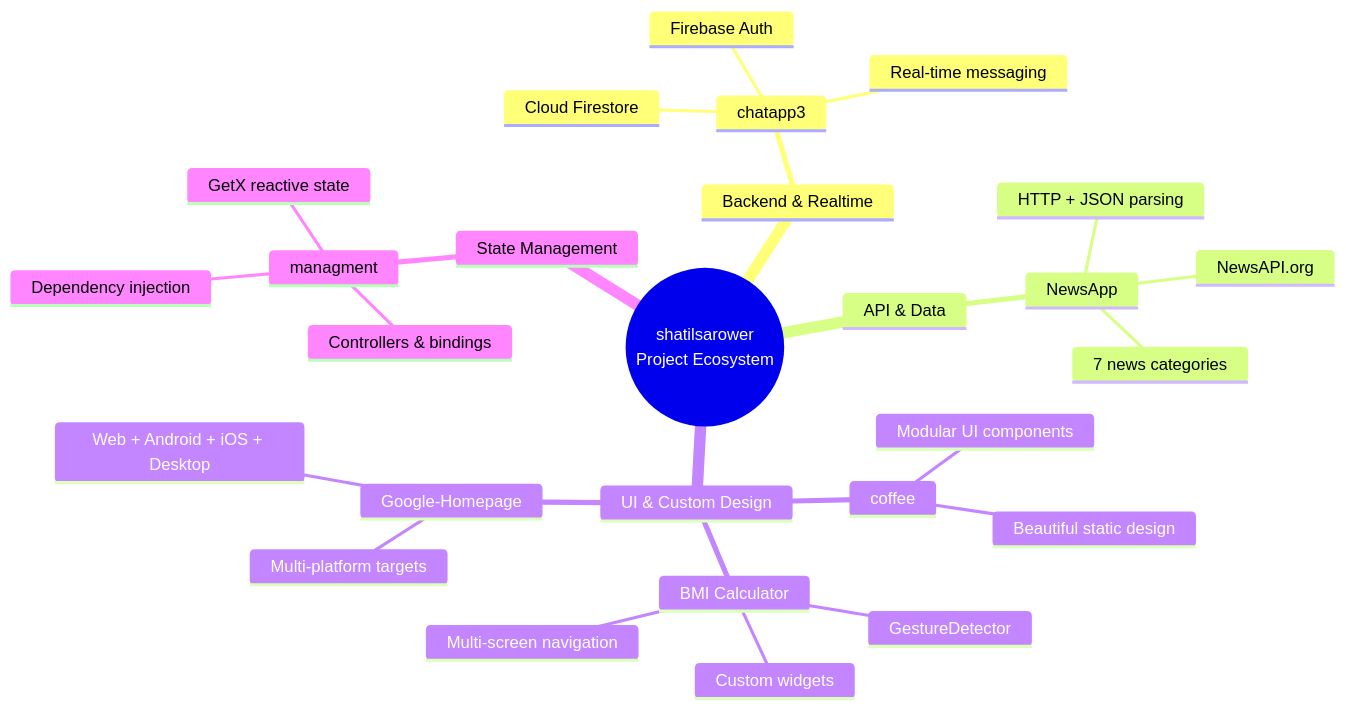
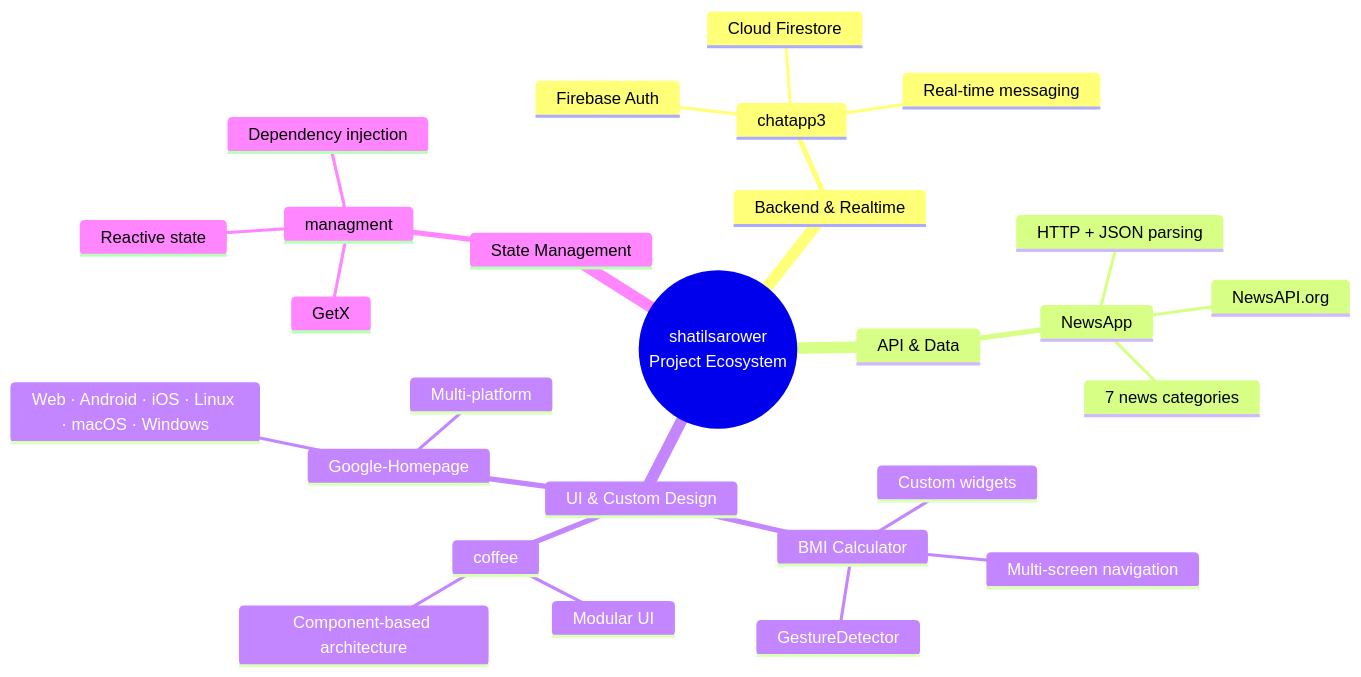
The third of 11 diagrams in README.md (shatilsarower/shatilsarower.github.io), drawn with Mermaid before and after one commit. The commit also changed other lines of this file, not shown here.

````diff
--- a/README.md
+++ b/README.md
@@ -167,30 +166,30 @@
 ```mermaid
 mindmap
   root((shatilsarower<br/>Project Ecosystem))
     Backend & Realtime
       chatapp3
         Firebase Auth
         Cloud Firestore
         Real-time messaging
     API & Data
       NewsApp
         NewsAPI.org
         HTTP + JSON parsing
         7 news categories
     UI & Custom Design
       BMI Calculator
         Custom widgets
         Multi-screen navigation
         GestureDetector
       coffee
-        Modular UI components
-        Beautiful static design
+        Modular UI
+        Component-based architecture
       Google-Homepage
-        Multi-platform targets
-        Web + Android + iOS + Desktop
+        Multi-platform
+        Web · Android · iOS · Linux · macOS · Windows
     State Management
       managment
-        GetX reactive state
+        GetX
+        Reactive state
         Dependency injection
-        Controllers & bindings
 ```
````
